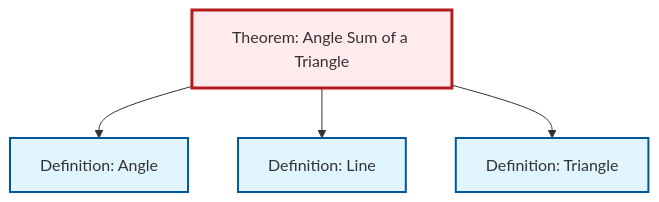
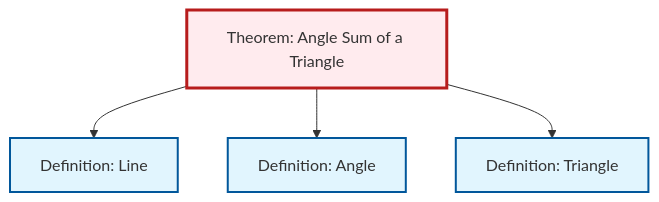
The diagram in content/en/geometry/thm-angle-sum-triangle.qmd (RK0429/ModernMath), drawn with Mermaid before and after one commit. The commit also changed other lines of this file and 619 other files, not shown here.

````diff
--- a/content/en/geometry/thm-angle-sum-triangle.qmd
+++ b/content/en/geometry/thm-angle-sum-triangle.qmd
@@ -57,20 +57,20 @@
 ```{mermaid}
 %%| fig-cap: "Local dependency graph"
 graph TD
     classDef definition fill:#e1f5fe,stroke:#01579b,stroke-width:2px
     classDef theorem fill:#f3e5f5,stroke:#4a148c,stroke-width:2px
     classDef axiom fill:#fff3e0,stroke:#e65100,stroke-width:2px
     classDef example fill:#e8f5e9,stroke:#1b5e20,stroke-width:2px
     classDef current fill:#ffebee,stroke:#b71c1c,stroke-width:3px
+    thm-angle-sum-triangle["Theorem: Angle Sum of a Triangle"]:::theorem
+    def-line["Definition: Line"]:::definition
     def-angle["Definition: Angle"]:::definition
     def-triangle["Definition: Triangle"]:::definition
-    def-line["Definition: Line"]:::definition
-    thm-angle-sum-triangle["Theorem: Angle Sum of a Triangle"]:::theorem
+    thm-angle-sum-triangle --> def-line
     thm-angle-sum-triangle --> def-angle
-    thm-angle-sum-triangle --> def-line
     thm-angle-sum-triangle --> def-triangle
     class thm-angle-sum-triangle current
+    click def-line "def-line.html" "Go to Line definition"
     click def-angle "def-angle.html" "Go to Angle definition"
     click def-triangle "def-triangle.html" "Go to Triangle definition"
-    click def-line "def-line.html" "Go to Line definition"
 ```
````
